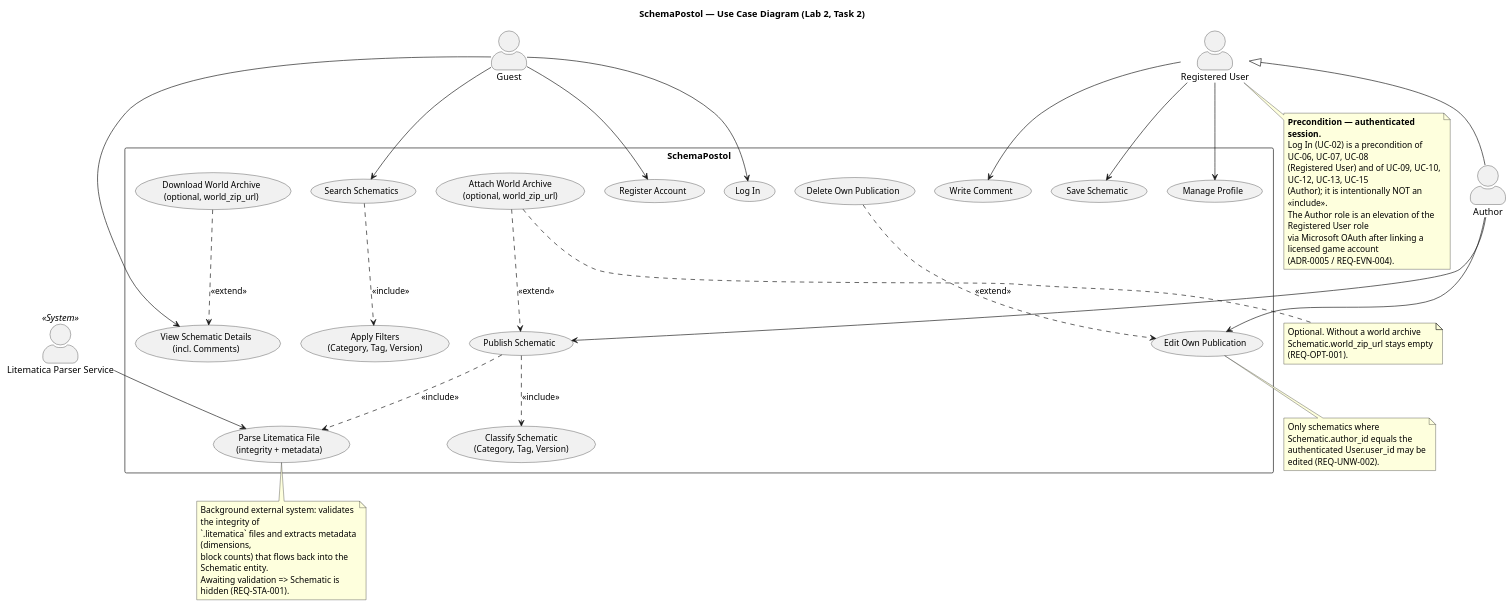
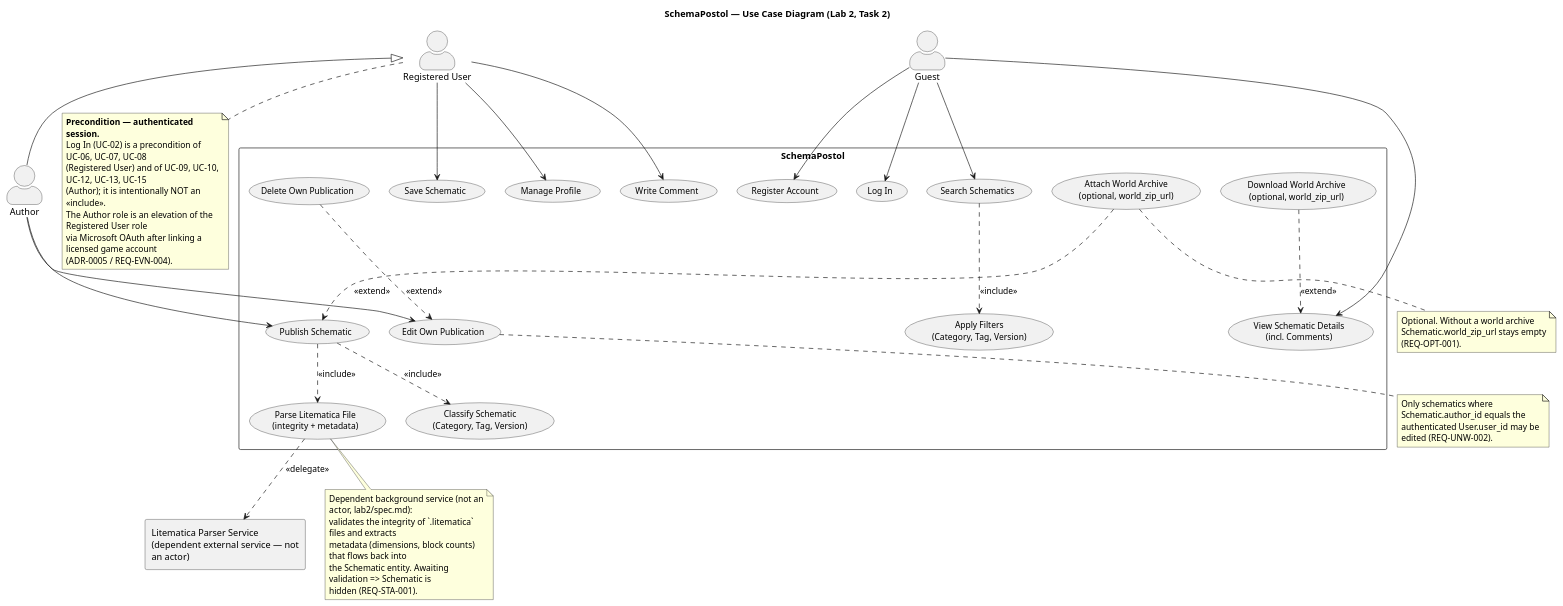
Before and after one commit to ApostolQleg/KPI2: the diagram in lab2/model/use-case-diagram.puml, drawn with PlantUML. The commit also changed other lines of this file and 4 other files, not shown here.

```diff
--- a/lab2/model/use-case-diagram.puml
+++ b/lab2/model/use-case-diagram.puml
@@ -12,111 +13,117 @@
 @startuml
 top to bottom direction
 title SchemaPostol — Use Case Diagram (Lab 2, Task 2)
 
 skinparam backgroundColor #FFFFFF
 skinparam shadowing false
 skinparam actorStyle awesome
 skinparam packageStyle rectangle
 skinparam usecaseFontSize 13
 skinparam nodesep 30
 skinparam ranksep 45
 skinparam wrapWidth 240
 
-' ---------- Actors (human actors declared first so they stay grouped) ----------
+' ---------- Actors (per lab2/spec.md: Guest, Registered User, Author only) ----------
 actor "Guest" as Guest
 actor "Registered User" as RegUser
 actor "Author" as Author
-' External service rendered as a system component, not a person
-actor "Litematica Parser Service" <<System>> as Parser
 
 ' Inheritance: Author IS-A Registered User (per lab2/spec.md)
 RegUser <|-- Author
 
 ' ---------- System boundary ----------
 rectangle "SchemaPostol" {
 
   ' --- Guest (public) use cases ---
   usecase "Register Account" as UC01
   usecase "Log In" as UC02
   usecase "Search Schematics" as UC03
   usecase "Apply Filters\n(Category, Tag, Version)" as UC04
   usecase "View Schematic Details\n(incl. Comments)" as UC05
   usecase "Download World Archive\n(optional, world_zip_url)" as UC14
 
   ' --- Registered User (authenticated player) use cases ---
   usecase "Write Comment" as UC06
   usecase "Save Schematic" as UC07
   usecase "Manage Profile" as UC08
 
   ' --- Author (Microsoft OAuth elevated) use cases ---
   usecase "Publish Schematic" as UC09
   usecase "Classify Schematic\n(Category, Tag, Version)" as UC10
   usecase "Attach World Archive\n(optional, world_zip_url)" as UC13
   usecase "Edit Own Publication" as UC12
   usecase "Delete Own Publication" as UC15
 
-  ' --- External system use case ---
+  ' --- Parser flow (invoked by the system, not by an actor) ---
   usecase "Parse Litematica File\n(integrity + metadata)" as UC11
+}
+
+' ---------- Dependent external service — OUTSIDE the system boundary ----------
+' Per lab2/spec.md the parser is NOT an actor: it is a background service
+' the main system depends on for integrity checks and metadata extraction.
+rectangle "Litematica Parser Service\n(dependent external service — not an actor)" as ParserSvc {
 }
 
 ' ---------- Associations ----------
 ' Guest: public read-only flows
 Guest --> UC01
 Guest --> UC02
 Guest --> UC03
 Guest --> UC05
 
 ' Registered User: authenticated player flows
 ' (Log In is a precondition of these use cases, not an <<include>>)
 RegUser --> UC06
 RegUser --> UC07
 RegUser --> UC08
 
 ' Author: publication flows (Author inherits from Registered User)
 Author --> UC09
 Author --> UC12
 
-' External system
-Parser --> UC11
-
 ' ---------- Include relationships (mandatory) ----------
 UC03 ..> UC04 : <<include>>
 UC09 ..> UC10 : <<include>>
 UC09 ..> UC11 : <<include>>
+
+' ---------- Dependent external service (NOT an actor — lab2/spec.md) ----------
+' The system dispatches the uploaded file to the background parser service
+UC11 ..> ParserSvc : <<delegate>>
 
 ' ---------- Extend relationships (optional) ----------
 UC13 ..> UC09 : <<extend>>
 UC14 ..> UC05 : <<extend>>
 UC15 ..> UC12 : <<extend>>
 
 ' ---------- Notes ----------
 note as N1
   **Precondition — authenticated session.**
   Log In (UC-02) is a precondition of UC-06, UC-07, UC-08
   (Registered User) and of UC-09, UC-10, UC-12, UC-13, UC-15
   (Author); it is intentionally NOT an <<include>>.
   The Author role is an elevation of the Registered User role
   via Microsoft OAuth after linking a licensed game account
   (ADR-0005 / REQ-EVN-004).
 end note
 RegUser .. N1
 
 note bottom of UC11
-  Background external system: validates the integrity of
-  `.litematica` files and extracts metadata (dimensions,
-  block counts) that flows back into the Schematic entity.
-  Awaiting validation => Schematic is hidden (REQ-STA-001).
+  Dependent background service (not an actor, lab2/spec.md):
+  validates the integrity of `.litematica` files and extracts
+  metadata (dimensions, block counts) that flows back into
+  the Schematic entity. Awaiting validation => Schematic is
+  hidden (REQ-STA-001).
 end note
 
 note as N13
   Optional. Without a world archive
   Schematic.world_zip_url stays empty (REQ-OPT-001).
 end note
 UC13 .. N13
 
 note bottom of UC12
   Only schematics where Schematic.author_id equals the
   authenticated User.user_id may be edited (REQ-UNW-002).
 end note
 
 @enduml
```
